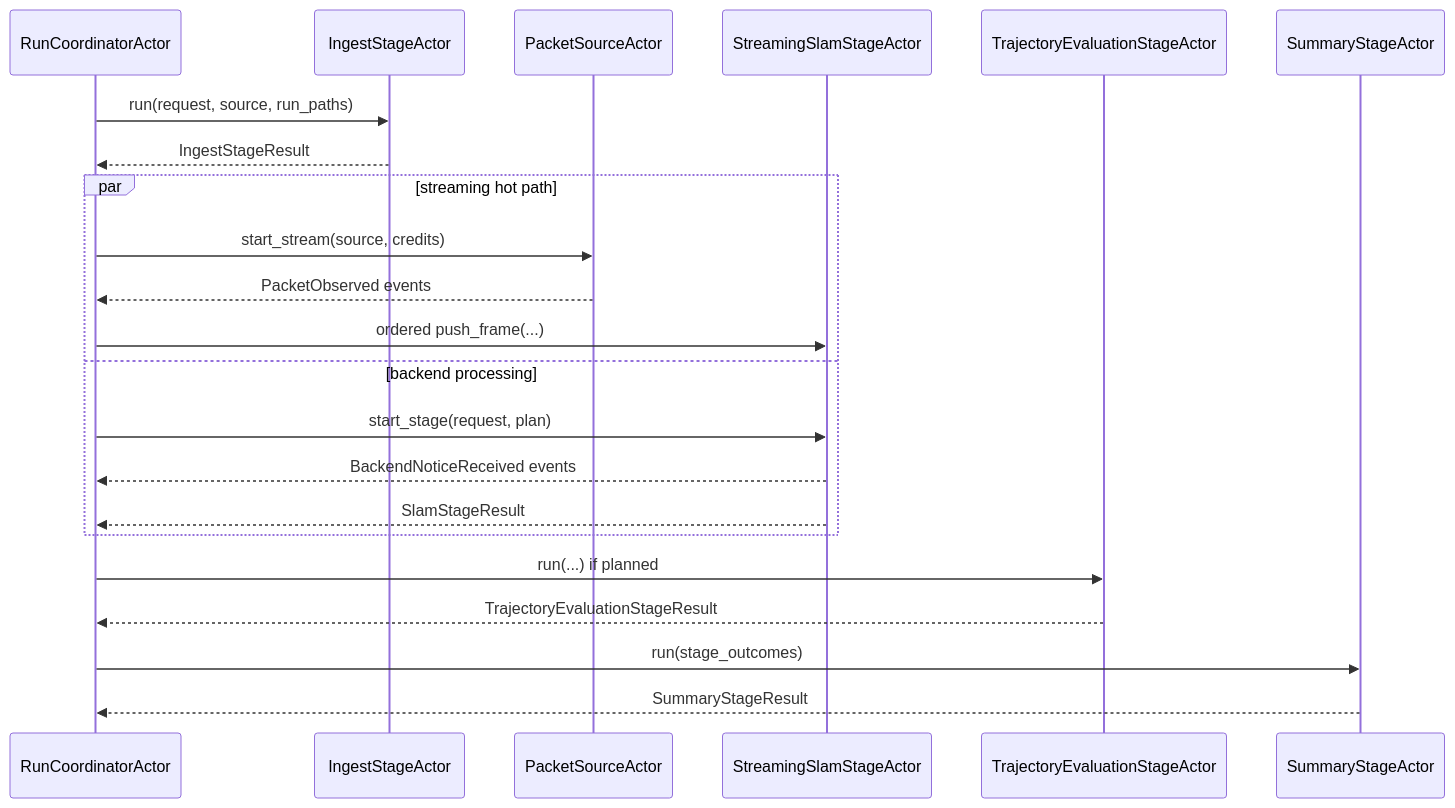
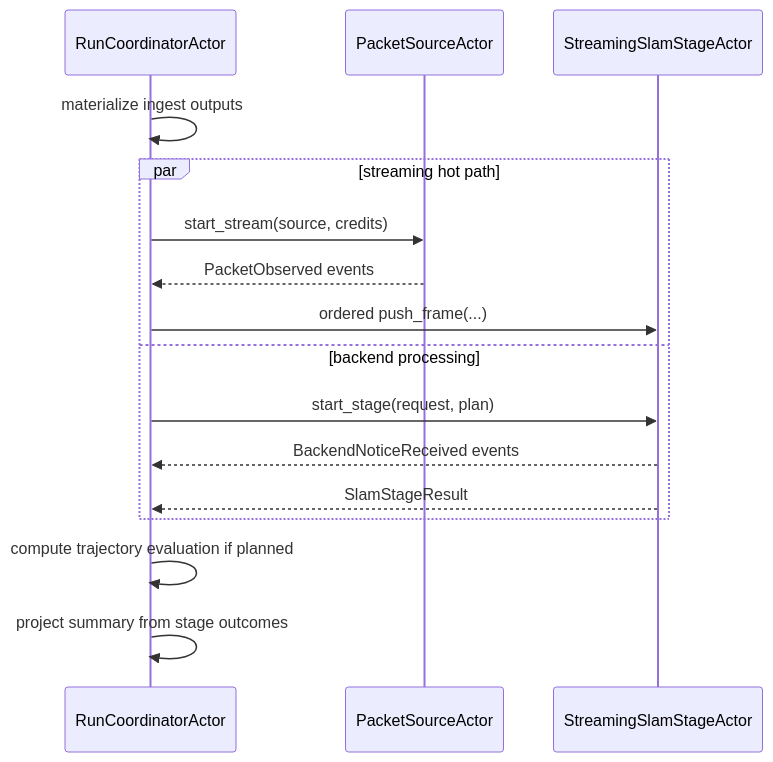
One commit to JanDuchscherer104/prml-vslam changed the second of 2 diagrams in src/prml_vslam/pipeline/README.md. Above: the diagram before and after it, drawn with Mermaid. The commit also changed other lines of this file and 60 other files, not shown here.

````diff
--- a/src/prml_vslam/pipeline/README.md
+++ b/src/prml_vslam/pipeline/README.md
@@ -119,25 +118,19 @@
 ```mermaid
 sequenceDiagram
     participant Coord as RunCoordinatorActor
-    participant Ingest as IngestStageActor
     participant Source as PacketSourceActor
     participant Slam as StreamingSlamStageActor
-    participant Eval as TrajectoryEvaluationStageActor
-    participant Summary as SummaryStageActor
 
-    Coord->>Ingest: run(request, source, run_paths)
-    Ingest-->>Coord: IngestStageResult
+    Coord->>Coord: materialize ingest outputs
     par streaming hot path
         Coord->>Source: start_stream(source, credits)
         Source-->>Coord: PacketObserved events
         Coord->>Slam: ordered push_frame(...)
     and backend processing
         Coord->>Slam: start_stage(request, plan)
         Slam-->>Coord: BackendNoticeReceived events
         Slam-->>Coord: SlamStageResult
     end
-    Coord->>Eval: run(...) if planned
-    Eval-->>Coord: TrajectoryEvaluationStageResult
-    Coord->>Summary: run(stage_outcomes)
-    Summary-->>Coord: SummaryStageResult
+    Coord->>Coord: compute trajectory evaluation if planned
+    Coord->>Coord: project summary from stage outcomes
 ```
````
